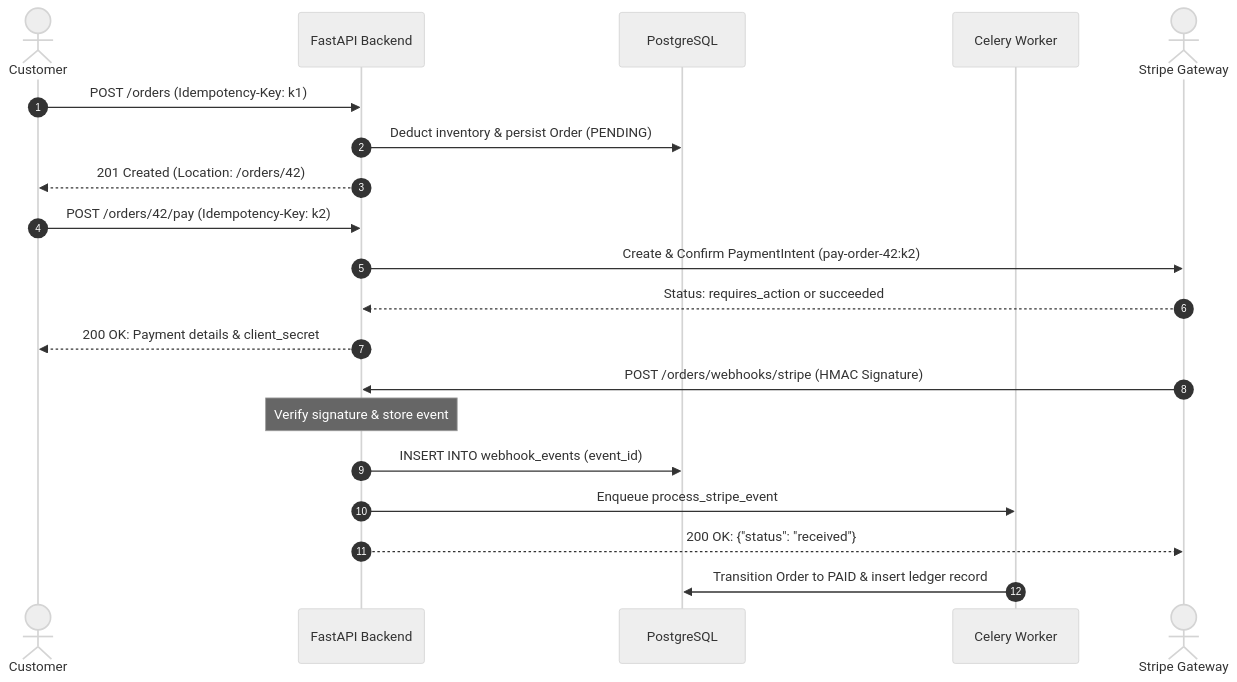
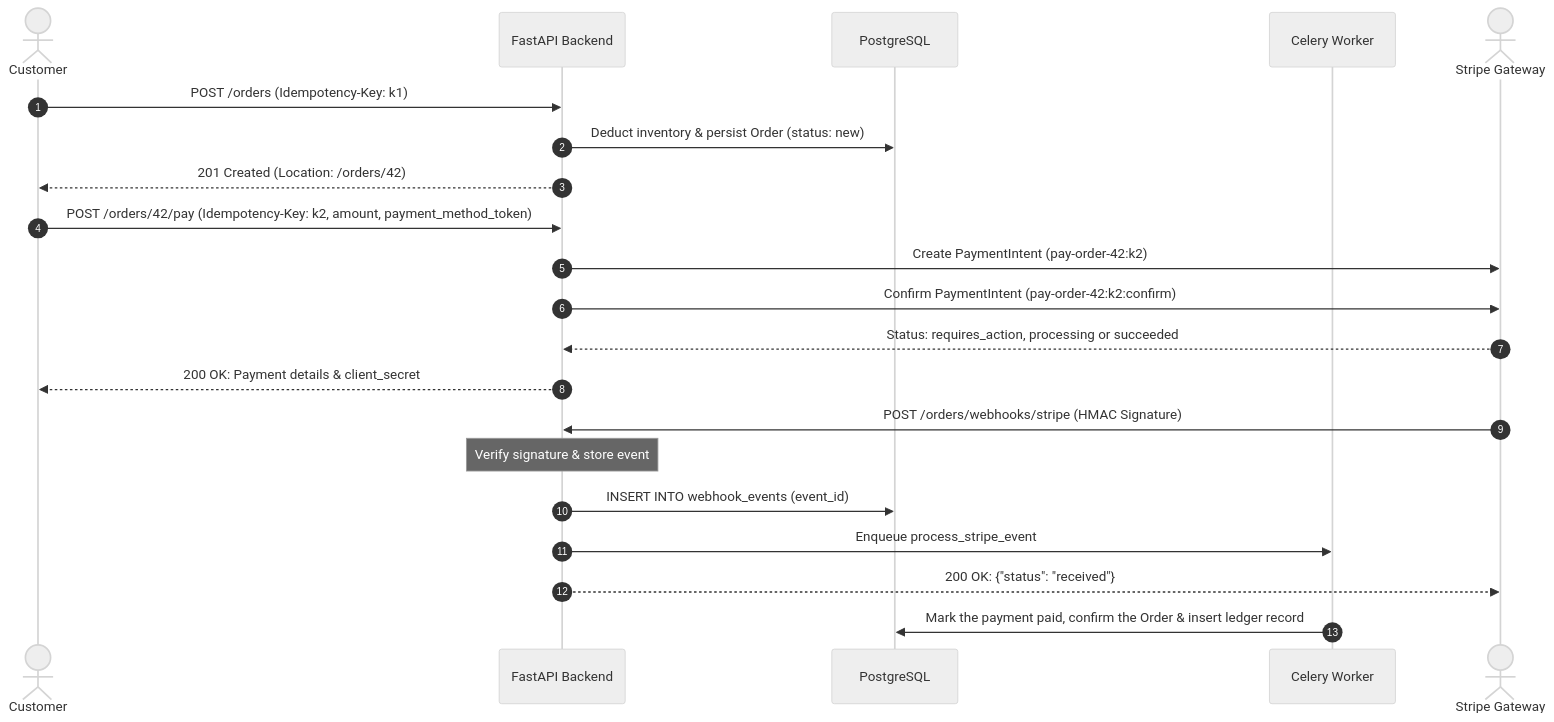
Before and after one commit to nadeko0/fastapi_e-commerce_backend: the second of 2 diagrams in docs/API.md, drawn with Mermaid (neutral theme). The commit also changed other lines of this file and 6 other files, not shown here.

First line of the commit message:
docs: verify diagrams and prose against the 6.0.0 code

````diff
--- a/docs/API.md
+++ b/docs/API.md
@@ -212,23 +214,24 @@
 ```mermaid
 sequenceDiagram
     autonumber
     actor Customer
     participant API as FastAPI Backend
     participant DB as PostgreSQL
     participant Worker as Celery Worker
     actor Stripe as Stripe Gateway
 
     Customer->>API: POST /orders (Idempotency-Key: k1)
-    API->>DB: Deduct inventory & persist Order (PENDING)
+    API->>DB: Deduct inventory & persist Order (status: new)
     API-->>Customer: 201 Created (Location: /orders/42)
-    Customer->>API: POST /orders/42/pay (Idempotency-Key: k2)
-    API->>Stripe: Create & Confirm PaymentIntent (pay-order-42:k2)
-    Stripe-->>API: Status: requires_action or succeeded
+    Customer->>API: POST /orders/42/pay (Idempotency-Key: k2, amount, payment_method_token)
+    API->>Stripe: Create PaymentIntent (pay-order-42:k2)
+    API->>Stripe: Confirm PaymentIntent (pay-order-42:k2:confirm)
+    Stripe-->>API: Status: requires_action, processing or succeeded
     API-->>Customer: 200 OK: Payment details & client_secret
     Stripe->>API: POST /orders/webhooks/stripe (HMAC Signature)
     Note over API: Verify signature & store event
     API->>DB: INSERT INTO webhook_events (event_id)
     API->>Worker: Enqueue process_stripe_event
     API-->>Stripe: 200 OK: {"status": "received"}
-    Worker->>DB: Transition Order to PAID & insert ledger record
+    Worker->>DB: Mark the payment paid, confirm the Order & insert ledger record
 ```
````
